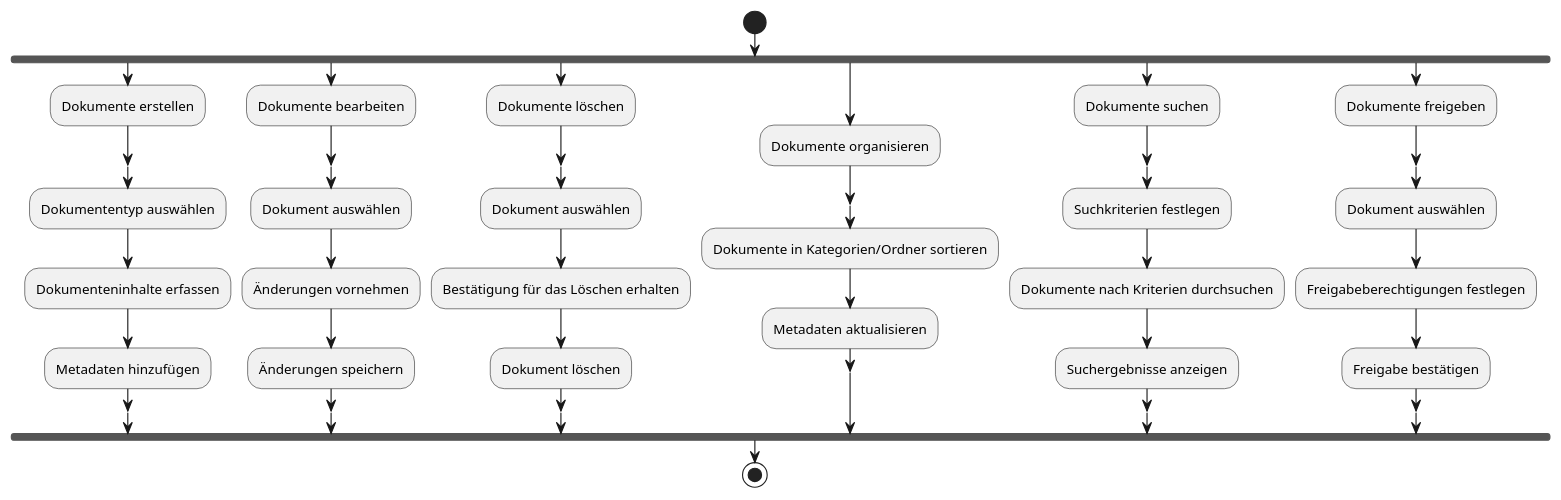
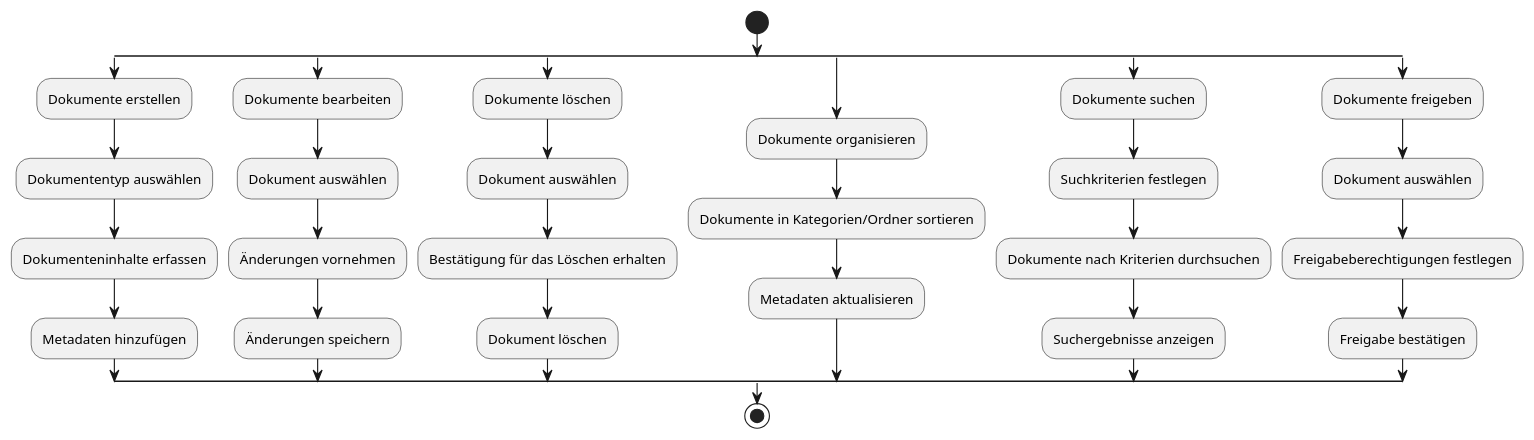
Before and after one commit to helenlaible/ss23-kba-project: the tenth of 16 diagrams in docs/2_planning/3_activity_diagrams.md, drawn with PlantUML. The commit also changed other lines of this file, not shown here.

````diff
--- a/docs/2_planning/3_activity_diagrams.md
+++ b/docs/2_planning/3_activity_diagrams.md
@@ -261,50 +261,38 @@
 ```plantuml Dokumentation verwalten
 @startuml
 start
 
-fork
+split
   :Dokumente erstellen;
-  split
     :Dokumententyp auswählen;
     :Dokumenteninhalte erfassen;
     :Metadaten hinzufügen;
-  end split
-fork again
+split again
   :Dokumente bearbeiten;
-  split
     :Dokument auswählen;
     :Änderungen vornehmen;
     :Änderungen speichern;
-  end split
-fork again
+split again
   :Dokumente löschen;
-  split
     :Dokument auswählen;
     :Bestätigung für das Löschen erhalten;
     :Dokument löschen;
-  end split
-fork again
+split again
   :Dokumente organisieren;
-  split
     :Dokumente in Kategorien/Ordner sortieren;
     :Metadaten aktualisieren;
-  end split
-fork again
+split again
   :Dokumente suchen;
-  split
     :Suchkriterien festlegen;
     :Dokumente nach Kriterien durchsuchen;
     :Suchergebnisse anzeigen;
-  end split
-fork again
+split again
   :Dokumente freigeben;
-  split
     :Dokument auswählen;
     :Freigabeberechtigungen festlegen;
     :Freigabe bestätigen;
-  end split
-end fork
+end split
 
 stop
 @enduml
 ```
````
